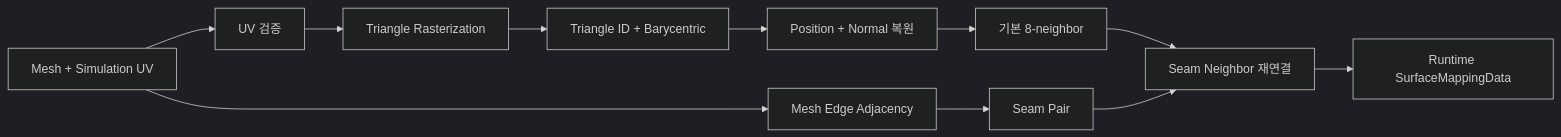
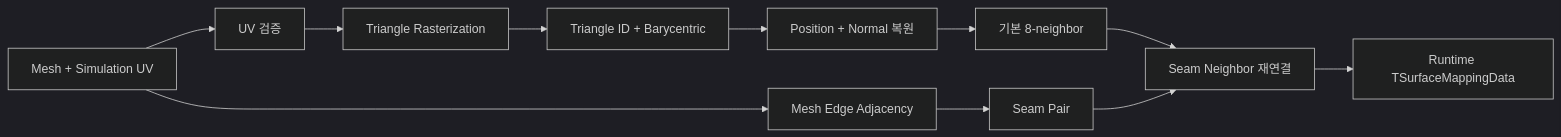
One commit to Yonaim/Material-Dependent-Surface-State-Engine changed the diagram in Docs/MDSSP-Vault/05_Development/Notes/0000_Surface-Simulation-Mapping.md. Above: the diagram before and after it, drawn with Mermaid (dark theme). The commit also changed other lines of this file and 120 other files, not shown here.

````diff
--- a/Docs/MDSSP-Vault/05_Development/Notes/0000_Surface-Simulation-Mapping.md
+++ b/Docs/MDSSP-Vault/05_Development/Notes/0000_Surface-Simulation-Mapping.md
@@ -53,13 +57,13 @@
 ```mermaid
 flowchart LR
   Mesh[Mesh + Simulation UV] --> Validate[UV 검증]
   Validate --> Raster[Triangle Rasterization]
   Raster --> Mapping[Triangle ID + Barycentric]
   Mapping --> Sample[Position + Normal 복원]
   Sample --> Grid[기본 8-neighbor]
   Mesh --> Topology[Mesh Edge Adjacency]
   Topology --> Seam[Seam Pair]
   Grid --> Stitch[Seam Neighbor 재연결]
   Seam --> Stitch
-  Stitch --> Result[Runtime SurfaceMappingData]
+  Stitch --> Result[Runtime TSurfaceMappingData]
 ```
````
